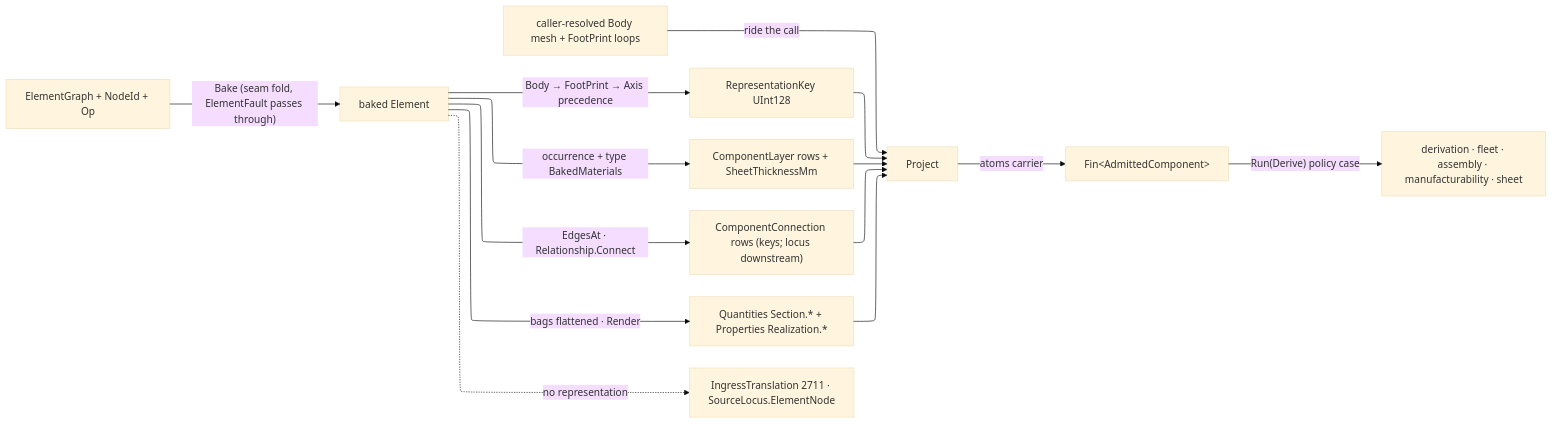
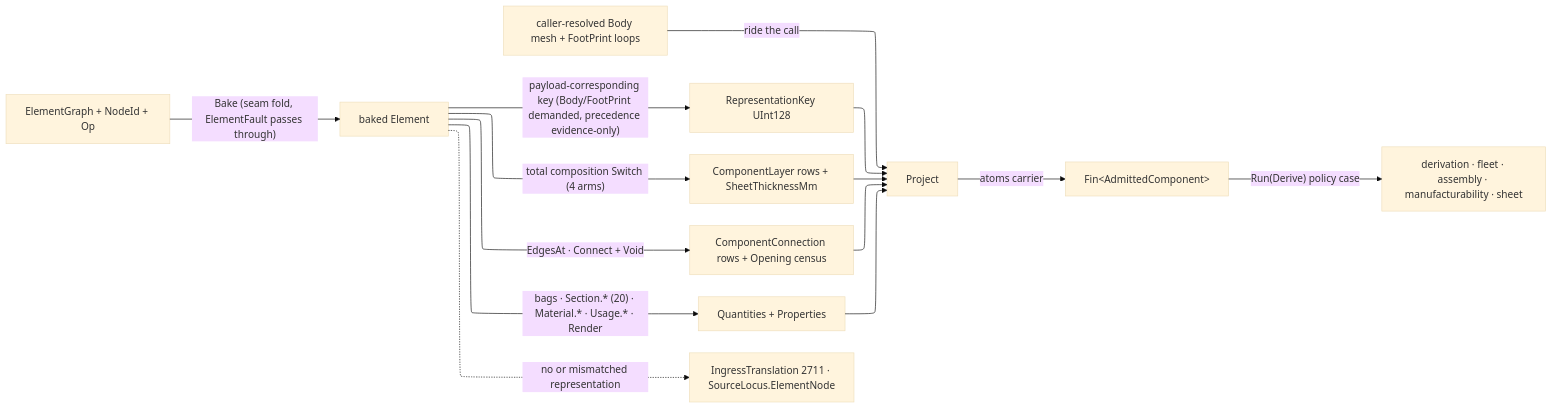
One commit to bsamiee/Rasm changed the diagram in libs/csharp/Rasm.Fabrication/.planning/Ingress/element.md. Above: the diagram before and after it, drawn with Mermaid. The commit also changed other lines of this file and 79 other files, not shown here.

````diff
--- a/libs/csharp/Rasm.Fabrication/.planning/Ingress/element.md
+++ b/libs/csharp/Rasm.Fabrication/.planning/Ingress/element.md
@@ -141,21 +201,21 @@
 ```mermaid
 ---
 config:
   layout: elk
   theme: base
 ---
 flowchart LR
     Graph["ElementGraph + NodeId + Op"] -->|"Bake (seam fold, ElementFault passes through)"| Baked["baked Element"]
     Resolved["caller-resolved Body mesh + FootPrint loops"] -->|ride the call| Project["Project"]
-    Baked -->|"Body → FootPrint → Axis precedence"| Key["RepresentationKey UInt128"]
-    Baked -->|"occurrence + type BakedMaterials"| Layers["ComponentLayer rows + SheetThicknessMm"]
-    Baked -->|"EdgesAt · Relationship.Connect"| Conn["ComponentConnection rows (keys; locus downstream)"]
-    Baked -->|"bags flattened · Render"| Bags["Quantities Section.* + Properties Realization.*"]
+    Baked -->|"payload-corresponding key (Body/FootPrint demanded, precedence evidence-only)"| Key["RepresentationKey UInt128"]
+    Baked -->|"total composition Switch (4 arms)"| Layers["ComponentLayer rows + SheetThicknessMm"]
+    Baked -->|"EdgesAt · Connect + Void"| Topo["ComponentConnection rows + Opening census"]
+    Baked -->|"bags · Section.* (20) · Material.* · Usage.* · Render"| Bags["Quantities + Properties"]
     Key --> Project
     Layers --> Project
-    Conn --> Project
+    Topo --> Project
     Bags --> Project
     Project -->|atoms carrier| Out["Fin&lt;AdmittedComponent&gt;"]
-    Baked -.->|no representation| Fault["IngressTranslation 2711 · SourceLocus.ElementNode"]
+    Baked -.->|no or mismatched representation| Fault["IngressTranslation 2711 · SourceLocus.ElementNode"]
     Out -->|"Run(Derive) policy case"| Consumers["derivation · fleet · assembly · manufacturability · sheet"]
 ```
````
